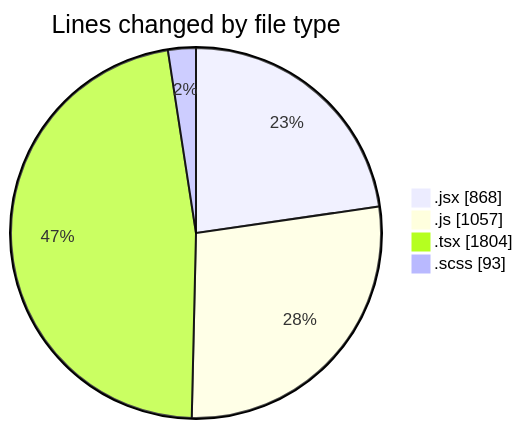
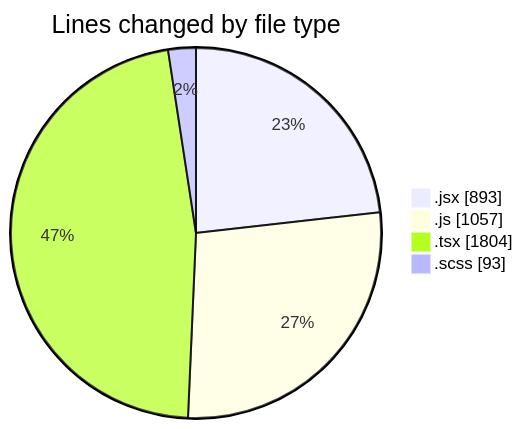
The first of 2 diagrams in 2026-02-12/cda/README.md (momahboobian/code-tracking), drawn with Mermaid before and after one commit. The commit also changed other lines of this file and 1 other file, not shown here.

````diff
--- a/2026-02-12/cda/README.md
+++ b/2026-02-12/cda/README.md
@@ -33,8 +33,8 @@
 ```mermaid
 pie showData
 title Lines changed by file type
-".jsx" : 868
+".jsx" : 893
 ".js" : 1057
 ".tsx" : 1804
 ".scss" : 93
 ```
````
